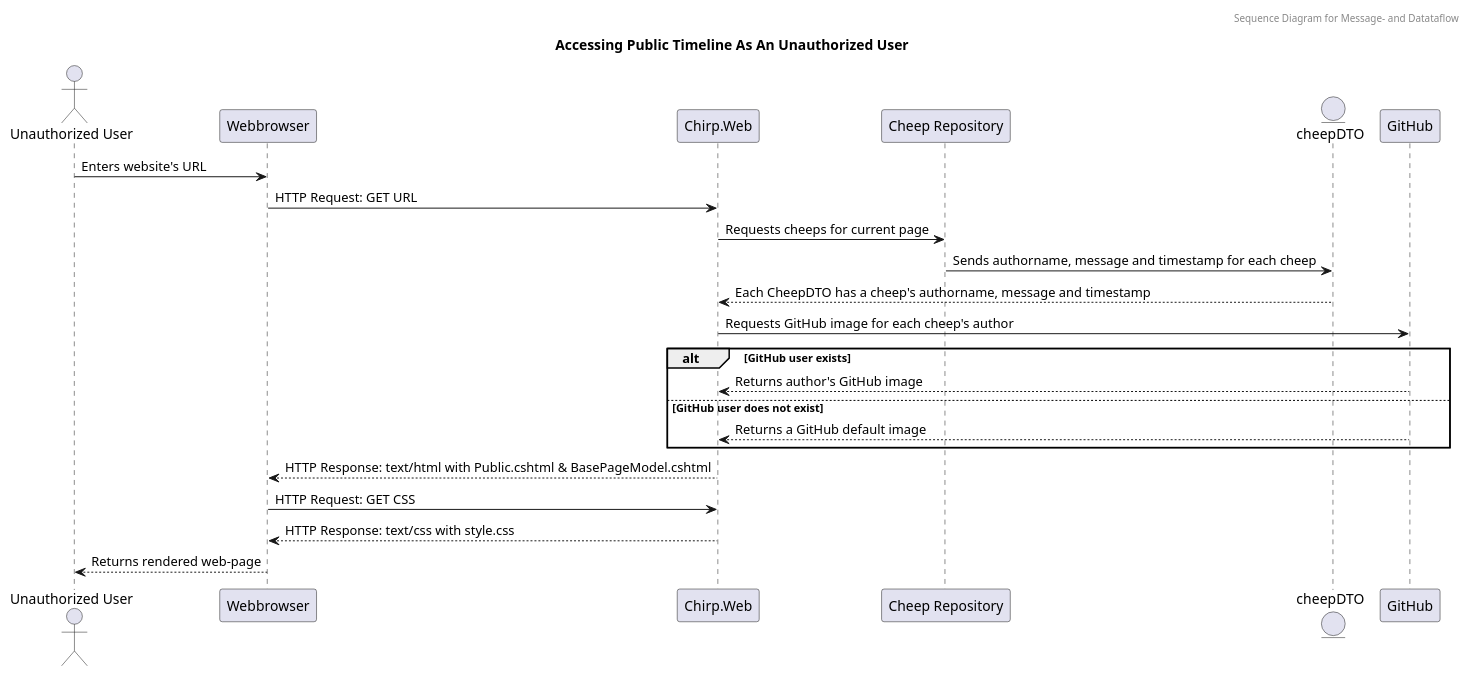
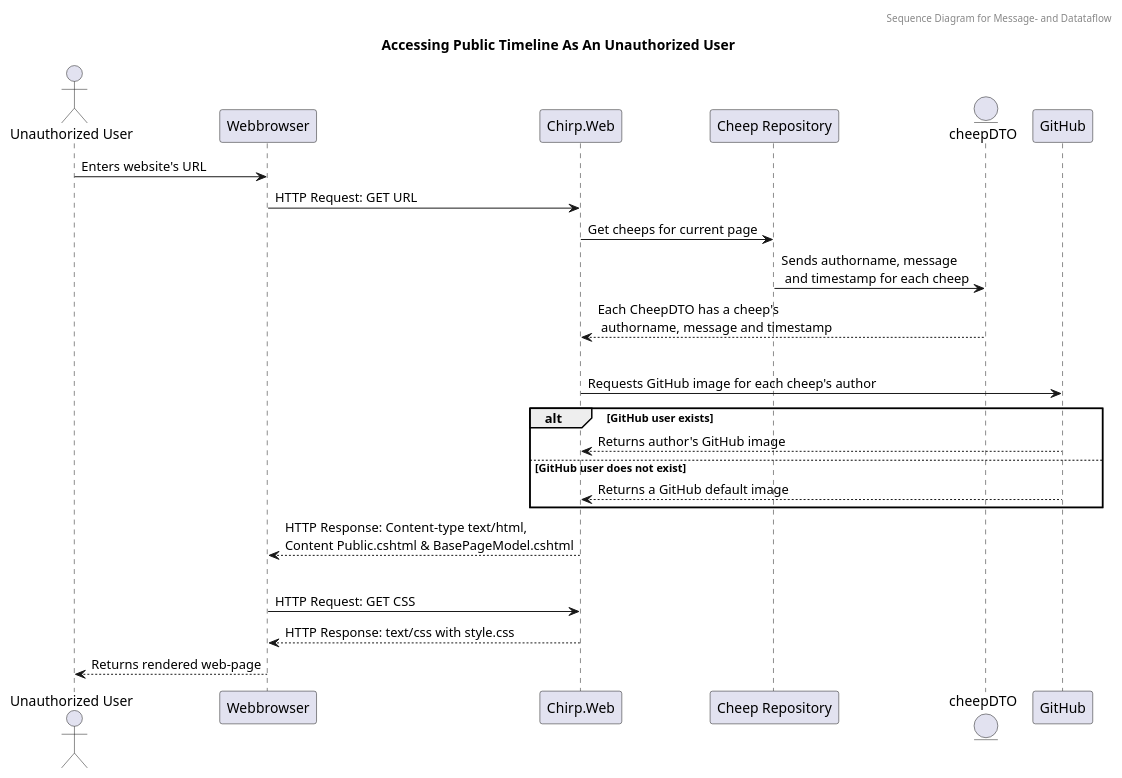
One commit to ITU-BDSA23-GROUP10/Chirp changed the diagram in docs/report_diagrams/UML_sequence_diagrams/msg_data_flow_UML_seq.puml. Above: the diagram before and after it, drawn with PlantUML.

Commit message:
Formatting

```diff
--- a/docs/report_diagrams/UML_sequence_diagrams/msg_data_flow_UML_seq.puml
+++ b/docs/report_diagrams/UML_sequence_diagrams/msg_data_flow_UML_seq.puml
@@ -1,32 +1,34 @@
 @startuml
 header Sequence Diagram for Message- and Datataflow
 Title Accessing Public Timeline As An Unauthorized User
 
 
 actor "Unauthorized User" as UnauthorizedUser
 participant "Webbrowser" as Browser
 participant "Chirp.Web" as ChirpWeb
 participant "Cheep Repository" as CheepRepo
 entity cheepDTO as CheepDTO
 
 UnauthorizedUser -> Browser: Enters website's URL
 Browser -> ChirpWeb: HTTP Request: GET URL
 
-ChirpWeb -> CheepRepo: Requests cheeps for current page
-CheepRepo -> CheepDTO: Sends authorname, message and timestamp for each cheep
-CheepDTO --> ChirpWeb: Each CheepDTO has a cheep's authorname, message and timestamp
+ChirpWeb -> CheepRepo: Get cheeps for current page
+CheepRepo -> CheepDTO: Sends authorname, message \n and timestamp for each cheep
+CheepDTO --> ChirpWeb: Each CheepDTO has a cheep's \n authorname, message and timestamp
+|||
 
 ChirpWeb -> GitHub: Requests GitHub image for each cheep's author
 alt GitHub user exists
     GitHub --> ChirpWeb: Returns author's GitHub image
 else GitHub user does not exist
     GitHub --> ChirpWeb: Returns a GitHub default image
 end
 
-ChirpWeb --> Browser: HTTP Response: text/html with Public.cshtml & BasePageModel.cshtml
+ChirpWeb --> Browser: HTTP Response: Content-type text/html,\nContent Public.cshtml & BasePageModel.cshtml
+|||
 
 Browser -> ChirpWeb: HTTP Request: GET CSS
 ChirpWeb --> Browser: HTTP Response: text/css with style.css
 
 Browser --> UnauthorizedUser: Returns rendered web-page
 @enduml
```
